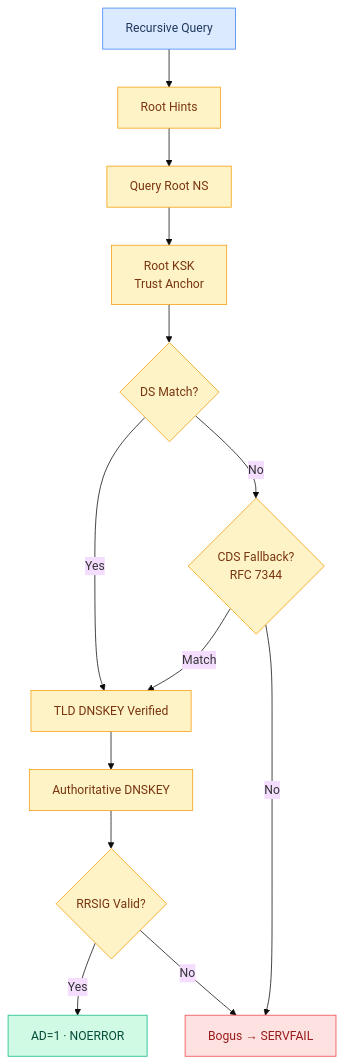
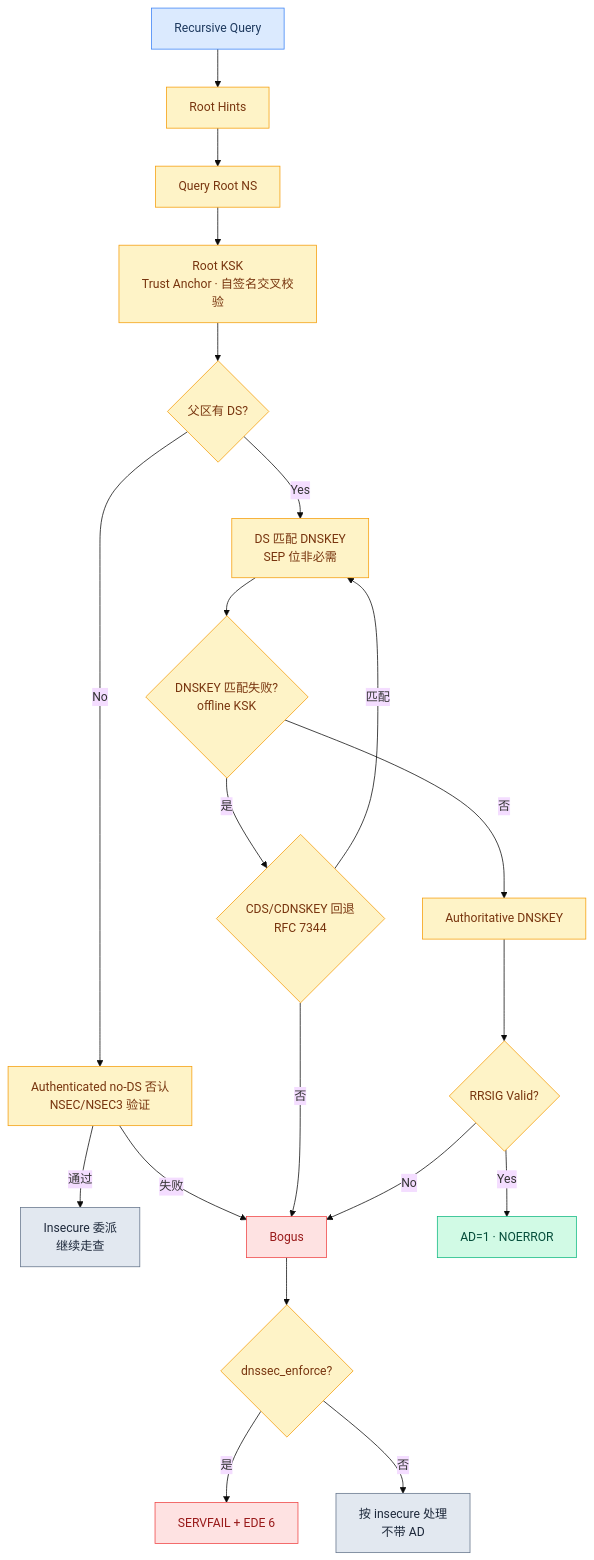
One commit to hezhijie0327/ZJDNS changed the tenth of 30 diagrams in docs/FLOWCHARTS.md. Above: the diagram before and after it, drawn with Mermaid (base theme). The commit also changed other lines of this file and 8 other files, not shown here.

````diff
--- a/docs/FLOWCHARTS.md
+++ b/docs/FLOWCHARTS.md
@@ -156,23 +256,32 @@
 ```mermaid
 graph TD
     Q[Recursive Query] --> HINT[Root Hints]
     HINT --> ROOT[Query Root NS]
-    ROOT --> ROOTKSK[Root KSK<br/>Trust Anchor]
-    ROOTKSK --> DS{DS Match?}
-    DS -->|Yes| TLD[TLD DNSKEY Verified]
-    DS -->|No| CDS{CDS Fallback?<br/>RFC 7344}
-    CDS -->|Match| TLD
-    CDS -->|No| BOGUS[Bogus → SERVFAIL]
-    TLD --> AUTH[Authoritative DNSKEY]
+    ROOT --> ROOTKSK[Root KSK<br/>Trust Anchor · 自签名交叉校验]
+    ROOTKSK --> DS{父区有 DS?}
+    DS -->|Yes| TLD[DS 匹配 DNSKEY<br/>SEP 位非必需]
+    DS -->|No| NODS[Authenticated no-DS 否认<br/>NSEC/NSEC3 验证]
+    NODS -->|通过| INSEC[Insecure 委派<br/>继续走查]
+    NODS -->|失败| BOGUS[Bogus]
+    TLD --> KEYFAIL{DNSKEY 匹配失败?<br/>offline KSK}
+    KEYFAIL -->|是| CDS{CDS/CDNSKEY 回退<br/>RFC 7344}
+    CDS -->|匹配| TLD
+    CDS -->|否| BOGUS
+    KEYFAIL -->|否| AUTH[Authoritative DNSKEY]
     AUTH --> RRSIG{RRSIG Valid?}
     RRSIG -->|Yes| VALID[AD=1 · NOERROR]
     RRSIG -->|No| BOGUS
+    BOGUS --> ENFORCE{dnssec_enforce?}
+    ENFORCE -->|是| SERVFAIL[SERVFAIL + EDE 6]
+    ENFORCE -->|否| PASSIVE[按 insecure 处理<br/>不带 AD]
     classDef start fill:#dbeafe,stroke:#3b82f6,color:#1e3a5f
     classDef chain fill:#fef3c7,stroke:#f59e0b,color:#78350f
     classDef ok fill:#d1fae5,stroke:#10b981,color:#064e3b
     classDef fail fill:#fee2e2,stroke:#ef4444,color:#991b1b
+    classDef insecure fill:#e2e8f0,stroke:#64748b,color:#1e293b
     class Q start
-    class HINT,ROOT,ROOTKSK,DS,CDS,TLD,AUTH,RRSIG chain
+    class HINT,ROOT,ROOTKSK,DS,NODS,TLD,KEYFAIL,CDS,AUTH,RRSIG,ENFORCE chain
     class VALID ok
-    class BOGUS fail
+    class BOGUS,SERVFAIL fail
+    class INSEC,PASSIVE insecure
 ```
````
